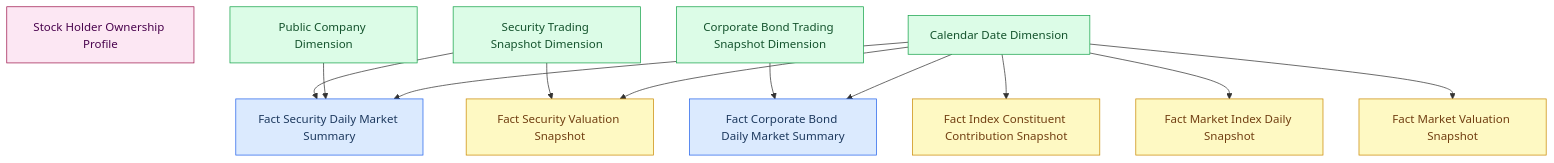
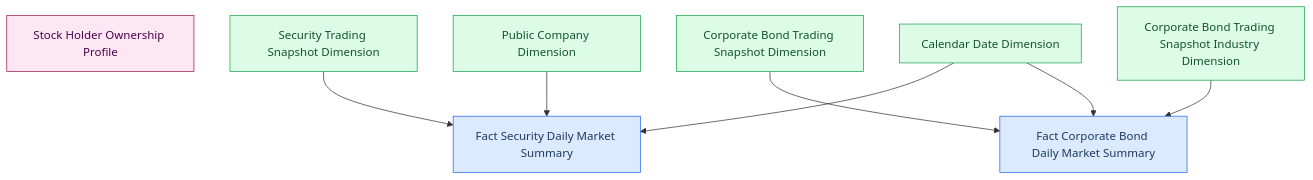
Diagram 16 of 16 in Datamart/hld/DTM_GSTT_HLD.md (linhlvit/ubck_atomic_design), drawn with Mermaid before and after one commit. The commit also changed other lines of this file and 1 other file, not shown here.

````diff
--- a/Datamart/hld/DTM_GSTT_HLD.md
+++ b/Datamart/hld/DTM_GSTT_HLD.md
@@ -1943,30 +1992,22 @@
 ```mermaid
 graph TB
     classDef fact fill:#dbeafe,stroke:#2563eb,color:#1e3a5f
     classDef dim fill:#dcfce7,stroke:#16a34a,color:#14532d
-    classDef pending fill:#fef9c3,stroke:#ca8a04,color:#713f12
     classDef oper fill:#fce7f3,stroke:#9d174d,color:#4a044e
 
     F1["Fact Security Daily Market Summary"]:::fact
     F2["Fact Corporate Bond Daily Market Summary"]:::fact
-    F3["Fact Index Constituent Contribution Snapshot"]:::pending
-    F4["Fact Market Index Daily Snapshot"]:::pending
-    F5["Fact Market Valuation Snapshot"]:::pending
-    F6["Fact Security Valuation Snapshot"]:::pending
     O1["Stock Holder Ownership Profile"]:::oper
     D1["Security Trading Snapshot Dimension"]:::dim
     D2["Public Company Dimension"]:::dim
     D3["Corporate Bond Trading Snapshot Dimension"]:::dim
+    D4["Corporate Bond Trading Snapshot Industry Dimension"]:::dim
     D5["Calendar Date Dimension"]:::dim
 
     D1 --> F1
     D2 --> F1
     D5 --> F1
     D3 --> F2
+    D4 --> F2
     D5 --> F2
-    D5 --> F3
-    D5 --> F4
-    D5 --> F5
-    D1 --> F6
-    D5 --> F6
 ```
````
